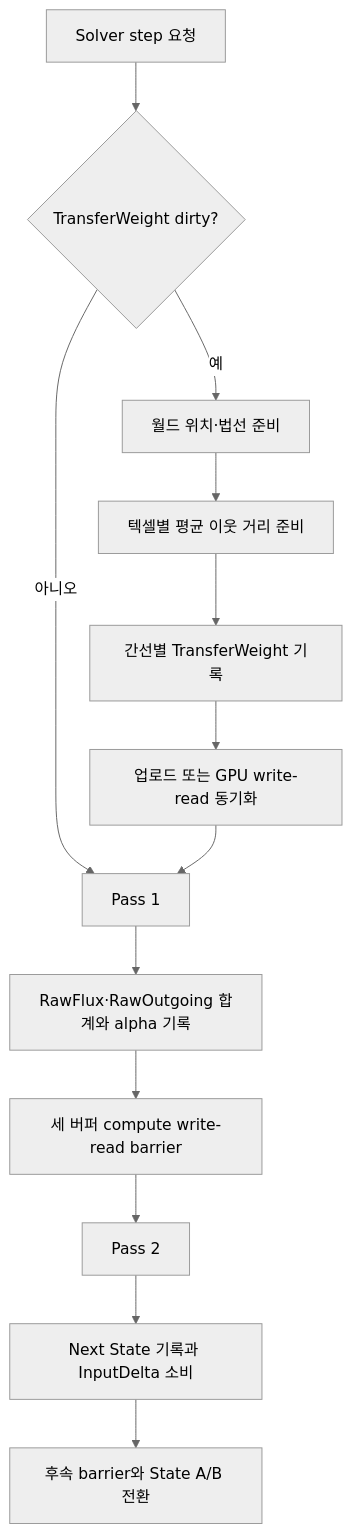
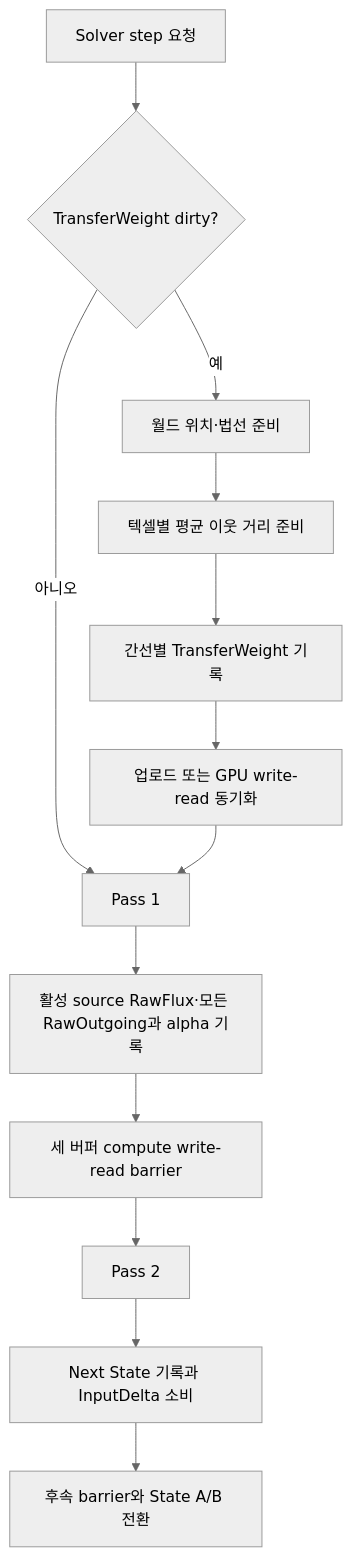
The second of 2 diagrams in Docs/MDSSP-Vault/04_Architecture/0007_Surface-Solver-Cache.md (Yonaim/Material-Dependent-Surface-State-Engine), drawn with Mermaid (neutral theme) before and after one commit. The commit also changed other lines of this file and 4 other files, not shown here.

Commit message:
Docs: 비활성 RawFlux 유효성 계약과 쓰기 생략 결과 기록

````diff
--- a/Docs/MDSSP-Vault/04_Architecture/0007_Surface-Solver-Cache.md
+++ b/Docs/MDSSP-Vault/04_Architecture/0007_Surface-Solver-Cache.md
@@ -68,15 +68,15 @@
 ```mermaid
 flowchart TD
     Start[Solver step 요청] --> Dirty{TransferWeight dirty?}
     Dirty -->|예| World[월드 위치·법선 준비]
     World --> Mean[텍셀별 평균 이웃 거리 준비]
     Mean --> Edges[간선별 TransferWeight 기록]
     Edges --> Ready[업로드 또는 GPU write-read 동기화]
     Dirty -->|아니오| P1[Pass 1]
     Ready --> P1
-    P1 --> Store[RawFlux·RawOutgoing 합계와 alpha 기록]
+    P1 --> Store[활성 source RawFlux·모든 RawOutgoing과 alpha 기록]
     Store --> Barrier[세 버퍼 compute write-read barrier]
     Barrier --> P2[Pass 2]
     P2 --> Apply[Next State 기록과 InputDelta 소비]
     Apply --> Swap[후속 barrier와 State A/B 전환]
 ```
````
